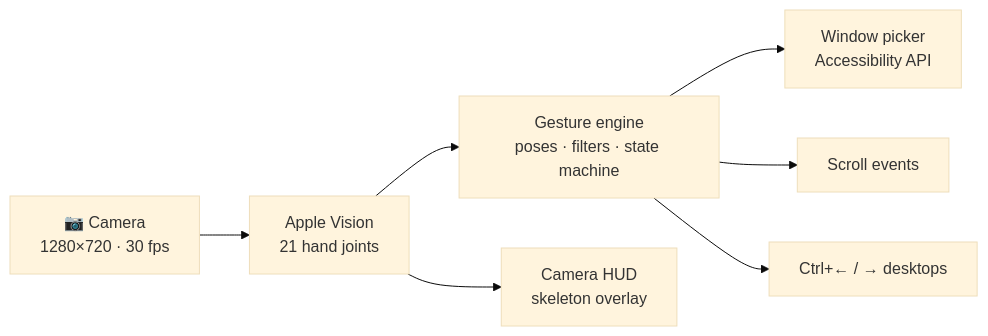
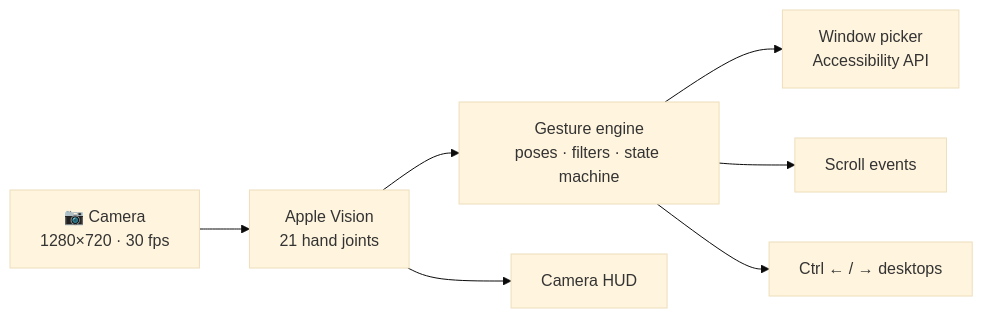
Before and after one commit to RazinAleksandr/gesture-control: the diagram in README.md, drawn with Mermaid (base theme). The commit also changed other lines of this file and 18 other files, not shown here.

First line of the commit message:
0.2.0: glass UI redesign, gesture guide, draggable camera HUD, README in 3 languages

````diff
--- a/README.md
+++ b/README.md
@@ -100,9 +120,9 @@
 ```mermaid
 flowchart LR
     CAM["📷 Camera<br/>1280×720 · 30 fps"] --> VIS["Apple Vision<br/>21 hand joints"]
     VIS --> ENG["Gesture engine<br/>poses · filters · state machine"]
-    VIS --> HUD["Camera HUD<br/>skeleton overlay"]
+    VIS --> HUD["Camera HUD"]
     ENG --> PICK["Window picker<br/>Accessibility API"]
     ENG --> SCR["Scroll events"]
-    ENG --> SPC["Ctrl+← / → desktops"]
+    ENG --> SPC["Ctrl ← / → desktops"]
 ```
````
